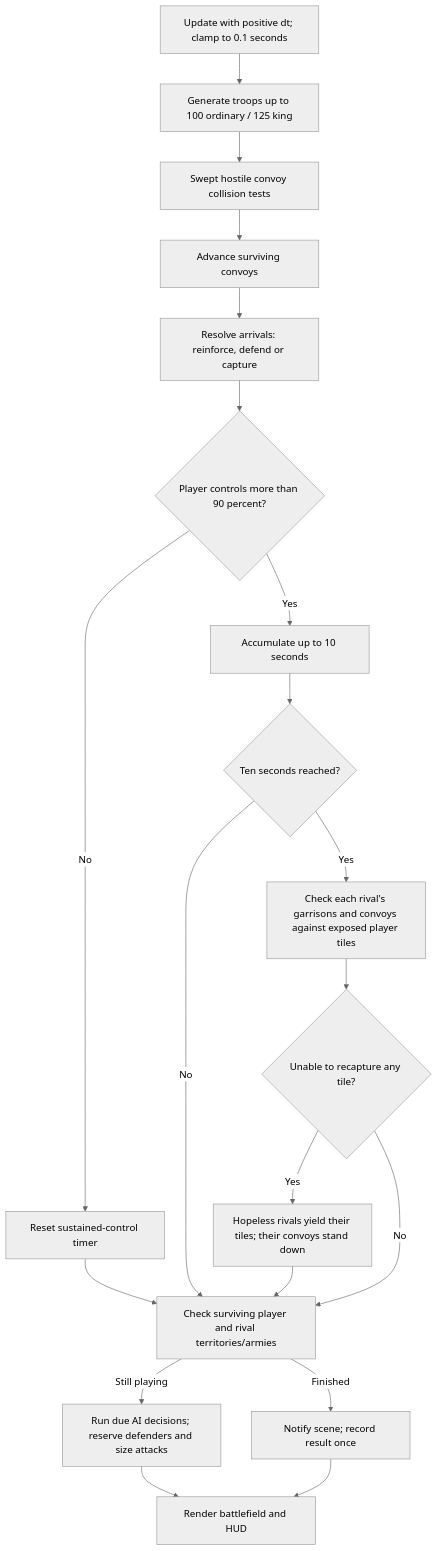
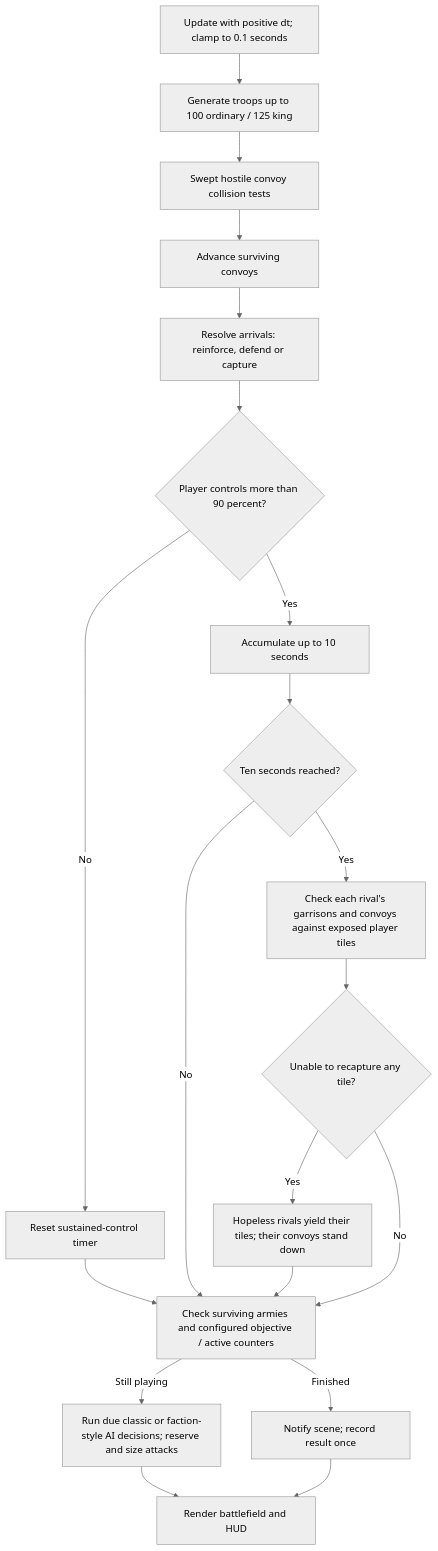
One commit to rohitashmathur/Frontline changed the third of 3 diagrams in docs/architecture.md. Above: the diagram before and after it, drawn with Mermaid (neutral theme). The commit also changed other lines of this file and 41 other files, not shown here.

````diff
--- a/docs/architecture.md
+++ b/docs/architecture.md
@@ -88,22 +109,22 @@
 ```mermaid
 flowchart TD
     Tick[Update with positive dt; clamp to 0.1 seconds] --> Grow[Generate troops up to 100 ordinary / 125 king]
     Grow --> Clash[Swept hostile convoy collision tests]
     Clash --> Move[Advance surviving convoys]
     Move --> Arrive[Resolve arrivals: reinforce, defend or capture]
     Arrive --> Dominance{Player controls more than 90 percent?}
     Dominance -->|No| Reset[Reset sustained-control timer]
     Dominance -->|Yes| Hold[Accumulate up to 10 seconds]
     Hold --> Held{Ten seconds reached?}
     Held -->|No| Outcome
     Held -->|Yes| Guard[Check each rival's garrisons and convoys against exposed player tiles]
     Guard --> Hope{Unable to recapture any tile?}
     Hope -->|Yes| Surrender[Hopeless rivals yield their tiles; their convoys stand down]
     Hope -->|No| Outcome
-    Reset --> Outcome[Check surviving player and rival territories/armies]
+    Reset --> Outcome[Check surviving armies and configured objective / active counters]
     Surrender --> Outcome
-    Outcome -->|Still playing| AI[Run due AI decisions; reserve defenders and size attacks]
+    Outcome -->|Still playing| AI[Run due classic or faction-style AI decisions; reserve and size attacks]
     Outcome -->|Finished| Results[Notify scene; record result once]
     AI --> Render[Render battlefield and HUD]
     Results --> Render
 ```
````
